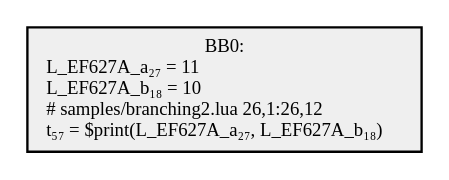
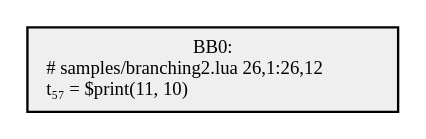
The diagram in src/SimpleCompiler.Cli/samples/obj/branching2.4.dot (GGG-KILLER/SimpleCompiler), drawn with Graphviz before and after one commit. The commit also changed 16 other files, not shown here.

```diff
--- a/src/SimpleCompiler.Cli/samples/obj/branching2.4.dot
+++ b/src/SimpleCompiler.Cli/samples/obj/branching2.4.dot
@@ -1,5 +1,5 @@
 digraph {
   node[shape=box style=filled fontsize=8 fontname="Cascadia Code" fillcolor="#efefef"];
-  BB0 [label="BB0:\nL_EF627A_a₂₇ = 11\lL_EF627A_b₁₈ = 10\l# samples/branching2.lua 26,1:26,12\lt₅₇ = $print(L_EF627A_a₂₇, L_EF627A_b₁₈)\l"];
+  BB0 [label="BB0:\n# samples/branching2.lua 26,1:26,12\lt₅₇ = $print(11, 10)\l"];
 
 }
```
